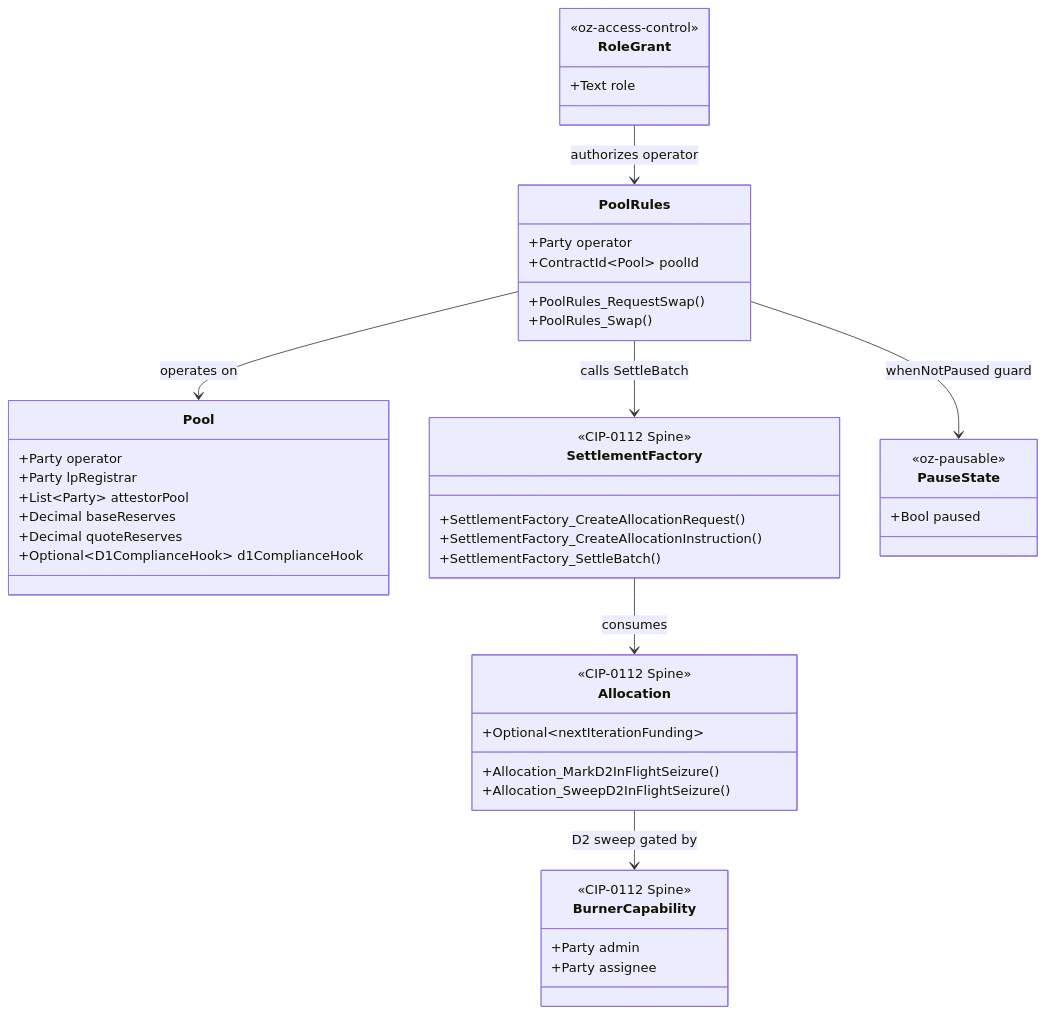
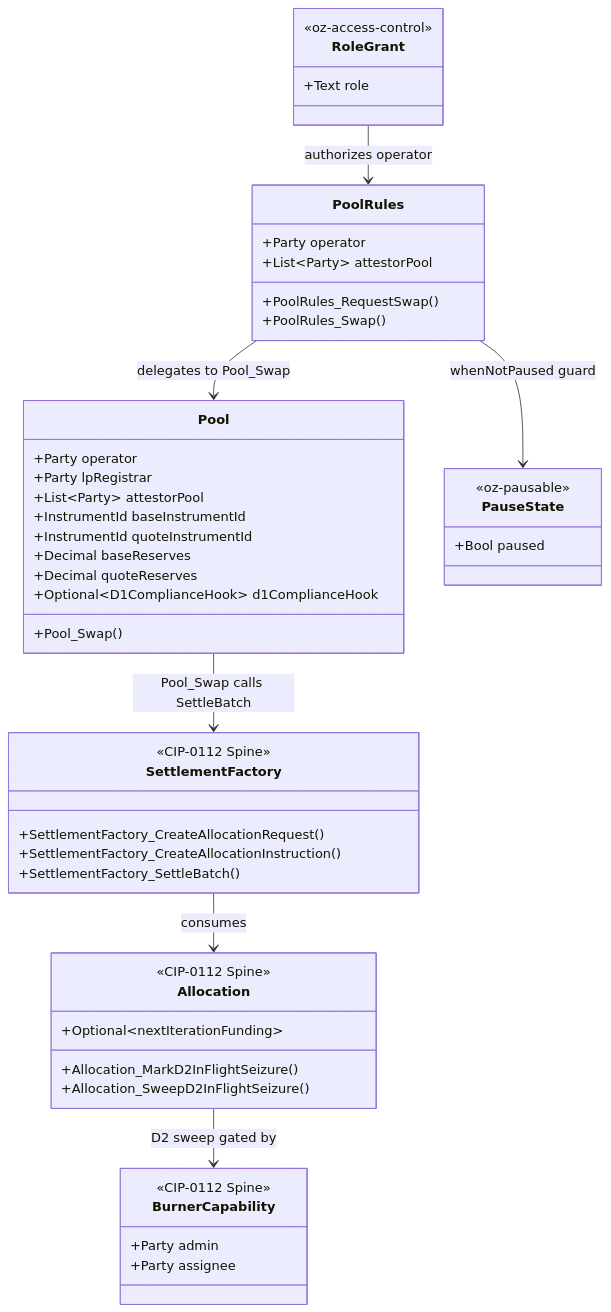
Before and after one commit to OpenZeppelin/canton-specs: the first of 2 diagrams in docs/ri-reports/01-dex.md, drawn with Mermaid. The commit also changed other lines of this file and 8 other files, not shown here.

````diff
--- a/docs/ri-reports/01-dex.md
+++ b/docs/ri-reports/01-dex.md
@@ -600,49 +787,52 @@
 ```mermaid
 classDiagram
     class Pool {
         +Party operator
         +Party lpRegistrar
         +List~Party~ attestorPool
+        +InstrumentId baseInstrumentId
+        +InstrumentId quoteInstrumentId
         +Decimal baseReserves
         +Decimal quoteReserves
         +Optional~D1ComplianceHook~ d1ComplianceHook
+        +Pool_Swap()
     }
     class PoolRules {
         +Party operator
-        +ContractId~Pool~ poolId
+        +List~Party~ attestorPool
         +PoolRules_RequestSwap()
         +PoolRules_Swap()
     }
     class SettlementFactory {
         <<CIP-0112 Spine>>
         +SettlementFactory_CreateAllocationRequest()
         +SettlementFactory_CreateAllocationInstruction()
         +SettlementFactory_SettleBatch()
     }
     class Allocation {
         <<CIP-0112 Spine>>
         +Optional~nextIterationFunding~
         +Allocation_MarkD2InFlightSeizure()
         +Allocation_SweepD2InFlightSeizure()
     }
     class BurnerCapability {
         <<CIP-0112 Spine>>
         +Party admin
         +Party assignee
     }
     class RoleGrant {
         <<oz-access-control>>
         +Text role
     }
     class PauseState {
         <<oz-pausable>>
         +Bool paused
     }
 
-    PoolRules --> Pool : operates on
-    PoolRules --> SettlementFactory : calls SettleBatch
+    PoolRules --> Pool : delegates to Pool_Swap
+    Pool --> SettlementFactory : Pool_Swap calls SettleBatch
     PoolRules --> PauseState : whenNotPaused guard
     SettlementFactory --> Allocation : consumes
     Allocation --> BurnerCapability : D2 sweep gated by
     RoleGrant --> PoolRules : authorizes operator
 ```
````
